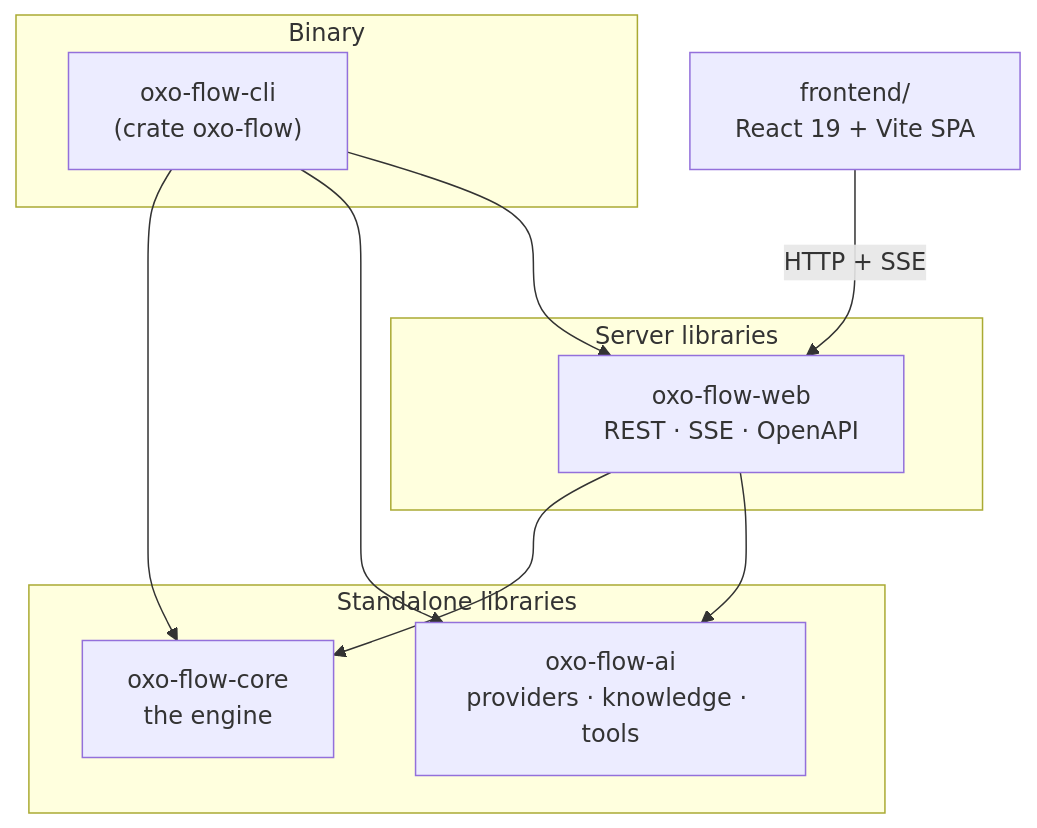
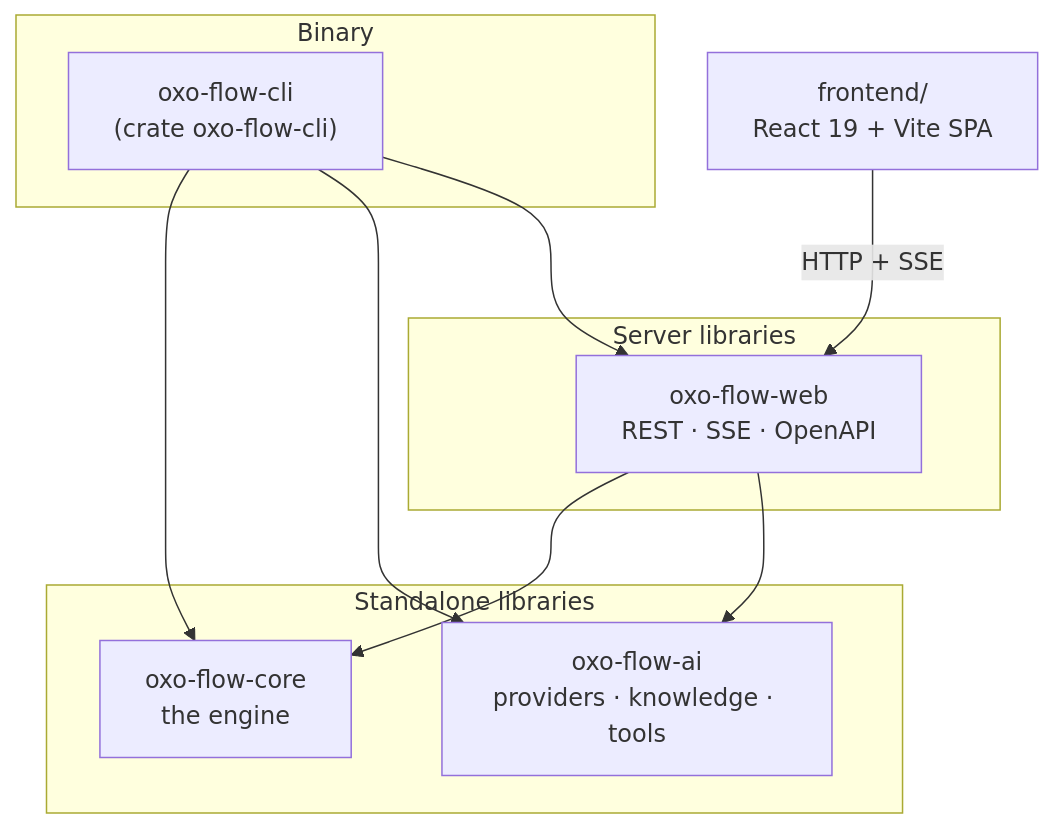
The second of 12 diagrams in docs/guide/src/reference/architecture.md (Traitome/oxo-flow), drawn with Mermaid before and after one commit. The commit also changed other lines of this file and 16 other files, not shown here.

````diff
--- a/docs/guide/src/reference/architecture.md
+++ b/docs/guide/src/reference/architecture.md
@@ -111,21 +111,21 @@
 ```mermaid
 flowchart TB
     subgraph binary["Binary"]
-        CLI["oxo-flow-cli<br/>(crate oxo-flow)"]
+        CLI["oxo-flow-cli<br/>(crate oxo-flow-cli)"]
     end
     subgraph servers["Server libraries"]
         WEB["oxo-flow-web<br/>REST · SSE · OpenAPI"]
     end
     subgraph libs["Standalone libraries"]
         CORE["oxo-flow-core<br/>the engine"]
         AI["oxo-flow-ai<br/>providers · knowledge · tools"]
     end
     FE["frontend/<br/>React 19 + Vite SPA"]
 
     CLI --> CORE
     CLI --> AI
     CLI --> WEB
     WEB --> CORE
     WEB --> AI
     FE -- "HTTP + SSE" --> WEB
 ```
````
